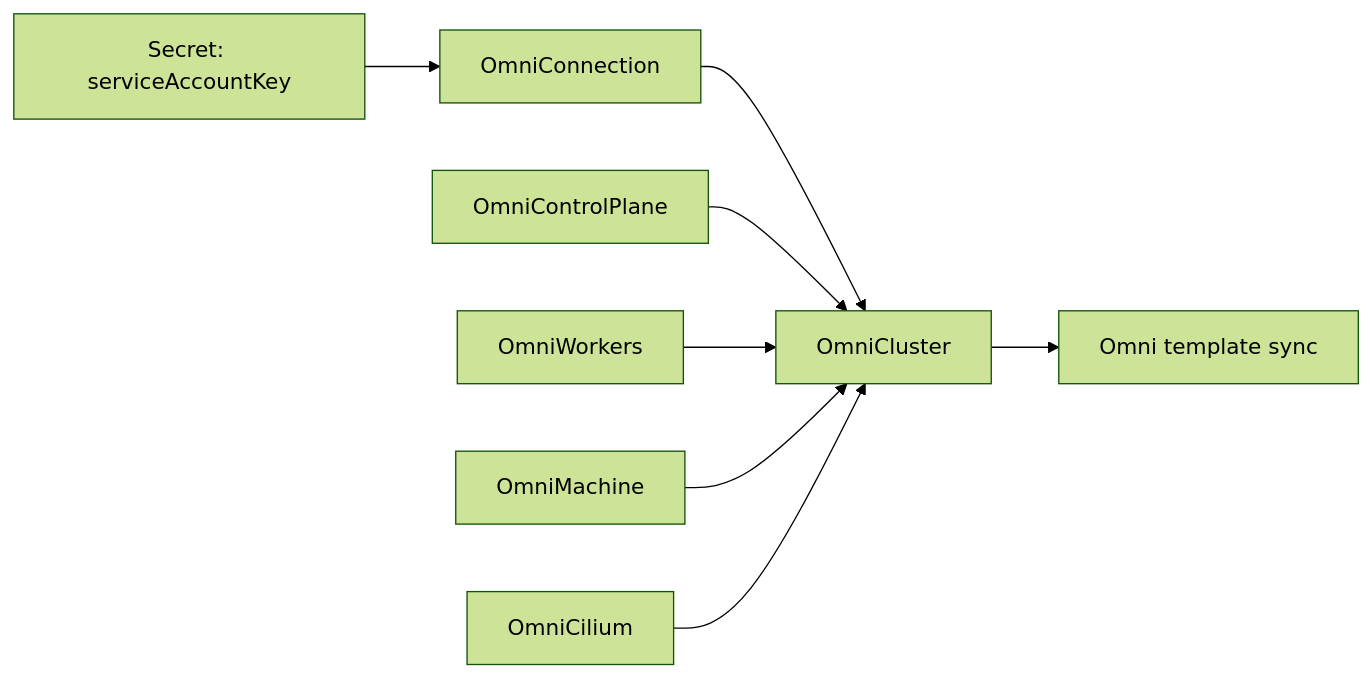
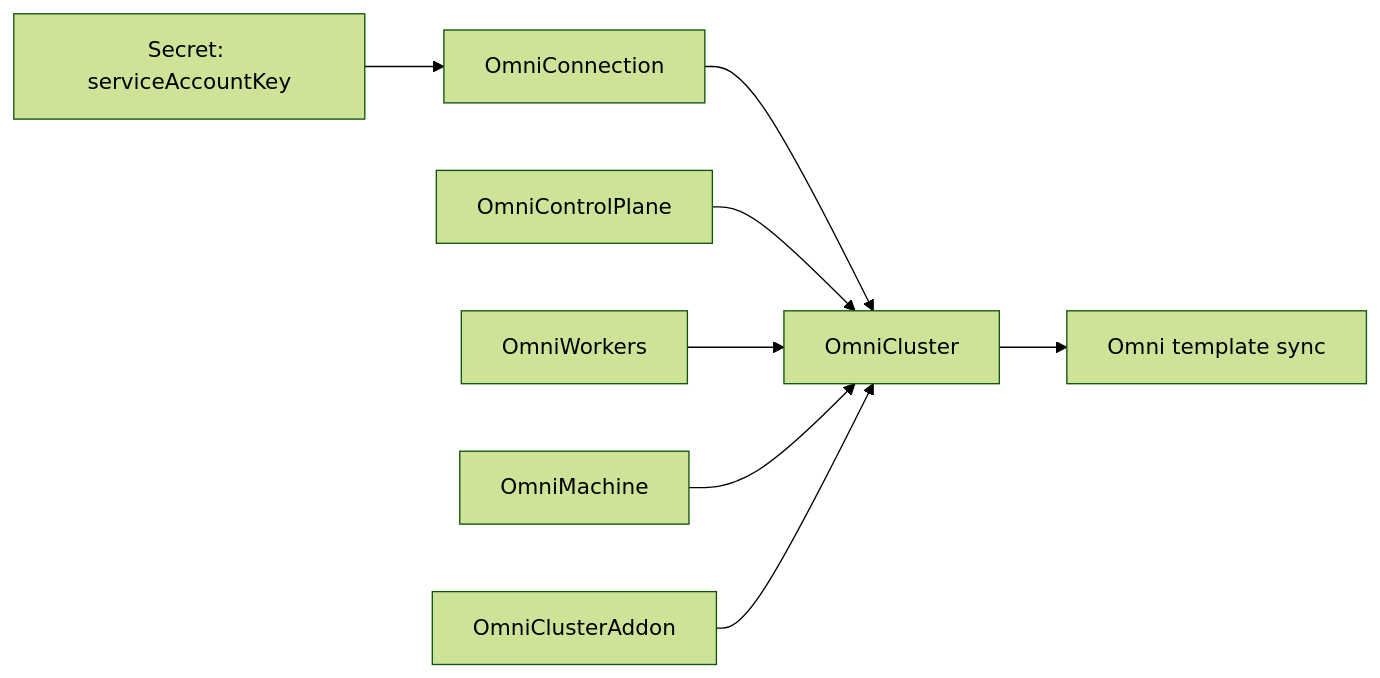
The diagram in docs/getting-started/create-a-cluster.md (texas-hpc/omni-cluster-operator), drawn with Mermaid (forest theme) before and after one commit. The commit also changed other lines of this file and 52 other files, not shown here.

Commit message:
Add generic OmniCluster addon support

````diff
--- a/docs/getting-started/create-a-cluster.md
+++ b/docs/getting-started/create-a-cluster.md
@@ -43,10 +43,10 @@
 ```mermaid
 flowchart LR
   Secret["Secret: serviceAccountKey"] --> Connection["OmniConnection"]
   Connection --> Cluster["OmniCluster"]
   ControlPlane["OmniControlPlane"] --> Cluster
   Workers["OmniWorkers"] --> Cluster
   Machine["OmniMachine"] --> Cluster
-  Cilium["OmniCilium"] --> Cluster
+  Addon["OmniClusterAddon"] --> Cluster
   Cluster --> Omni["Omni template sync"]
 ```
````
